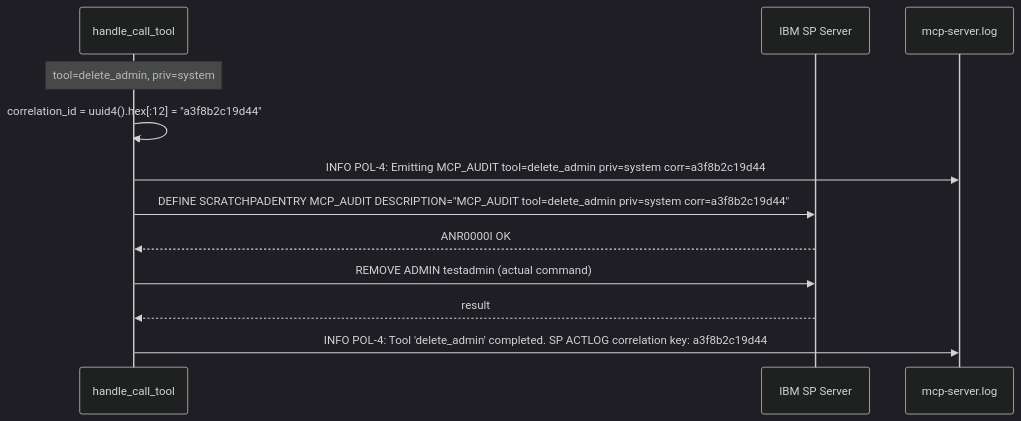
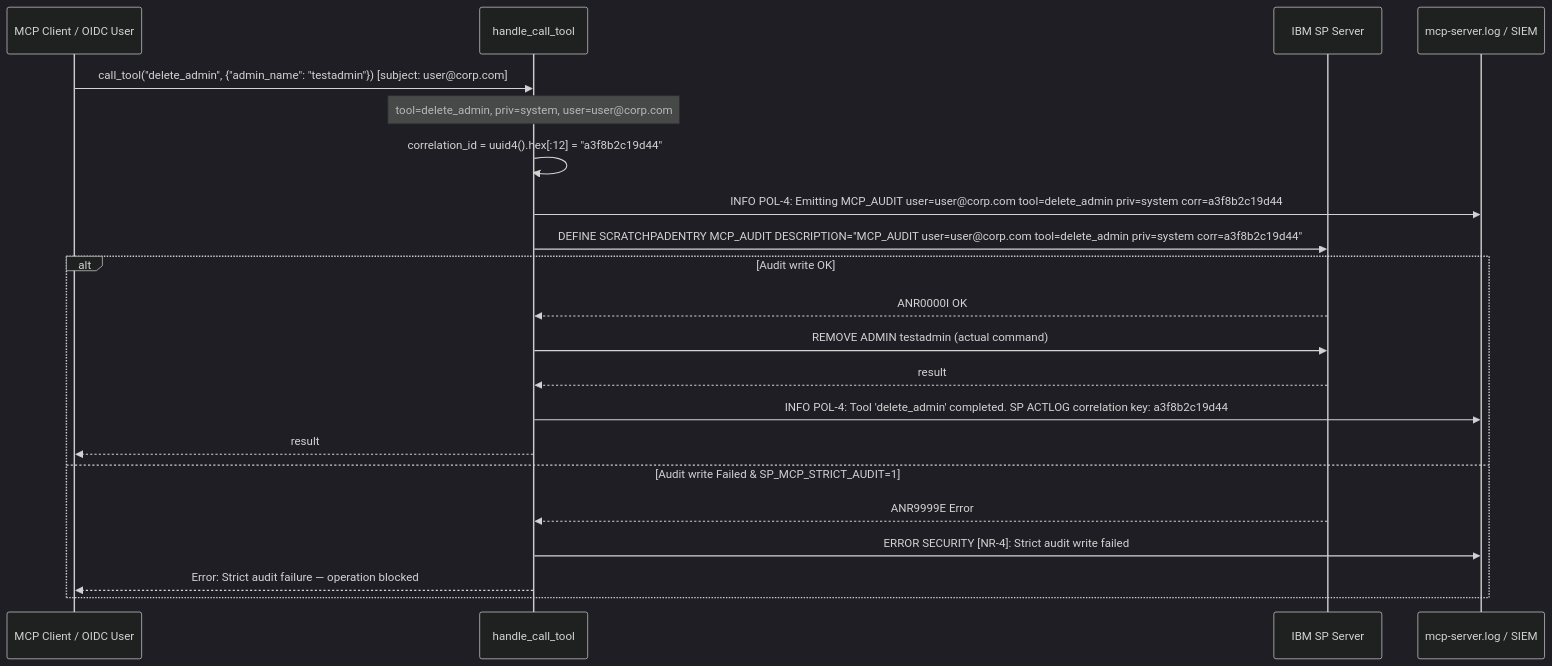
The fourth of 4 diagrams in docs/design/security-policy.md (albee-jhoney/storage-protect-mcp-server), drawn with Mermaid (dark theme) before and after one commit. The commit also changed other lines of this file and 20 other files, not shown here.

````diff
--- a/docs/design/security-policy.md
+++ b/docs/design/security-policy.md
@@ -108,15 +115,24 @@
 ```mermaid
 sequenceDiagram
+    participant Client as MCP Client / OIDC User
     participant MCP as handle_call_tool
     participant SP as IBM SP Server
-    participant Log as mcp-server.log
+    participant Log as mcp-server.log / SIEM
 
-    Note over MCP: tool=delete_admin, priv=system
+    Client->>MCP: call_tool("delete_admin", {"admin_name": "testadmin"}) [subject: user@corp.com]
+    Note over MCP: tool=delete_admin, priv=system, user=user@corp.com
     MCP->>MCP: correlation_id = uuid4().hex[:12] = "a3f8b2c19d44"
-    MCP->>Log: INFO POL-4: Emitting MCP_AUDIT tool=delete_admin priv=system corr=a3f8b2c19d44
-    MCP->>SP: DEFINE SCRATCHPADENTRY MCP_AUDIT DESCRIPTION="MCP_AUDIT tool=delete_admin priv=system corr=a3f8b2c19d44"
-    SP-->>MCP: ANR0000I OK
-    MCP->>SP: REMOVE ADMIN testadmin (actual command)
-    SP-->>MCP: result
-    MCP->>Log: INFO POL-4: Tool 'delete_admin' completed. SP ACTLOG correlation key: a3f8b2c19d44
+    MCP->>Log: INFO POL-4: Emitting MCP_AUDIT user=user@corp.com tool=delete_admin priv=system corr=a3f8b2c19d44
+    MCP->>SP: DEFINE SCRATCHPADENTRY MCP_AUDIT DESCRIPTION="MCP_AUDIT user=user@corp.com tool=delete_admin priv=system corr=a3f8b2c19d44"
+    alt Audit write OK
+        SP-->>MCP: ANR0000I OK
+        MCP->>SP: REMOVE ADMIN testadmin (actual command)
+        SP-->>MCP: result
+        MCP->>Log: INFO POL-4: Tool 'delete_admin' completed. SP ACTLOG correlation key: a3f8b2c19d44
+        MCP-->>Client: result
+    else Audit write Failed & SP_MCP_STRICT_AUDIT=1
+        SP-->>MCP: ANR9999E Error
+        MCP->>Log: ERROR SECURITY [NR-4]: Strict audit write failed
+        MCP-->>Client: Error: Strict audit failure — operation blocked
+    end
 ```
````
